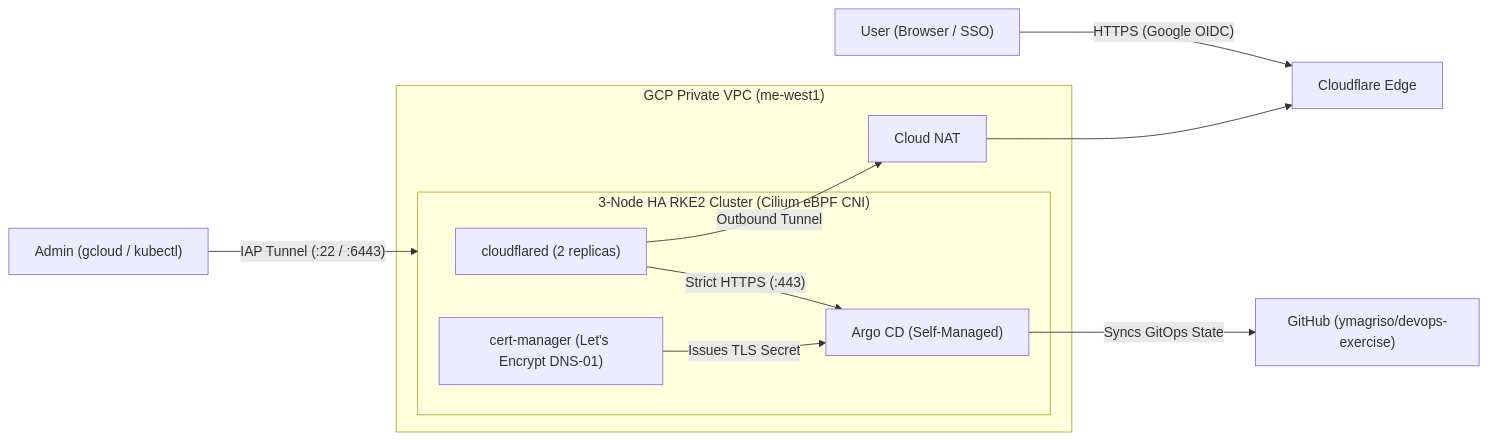
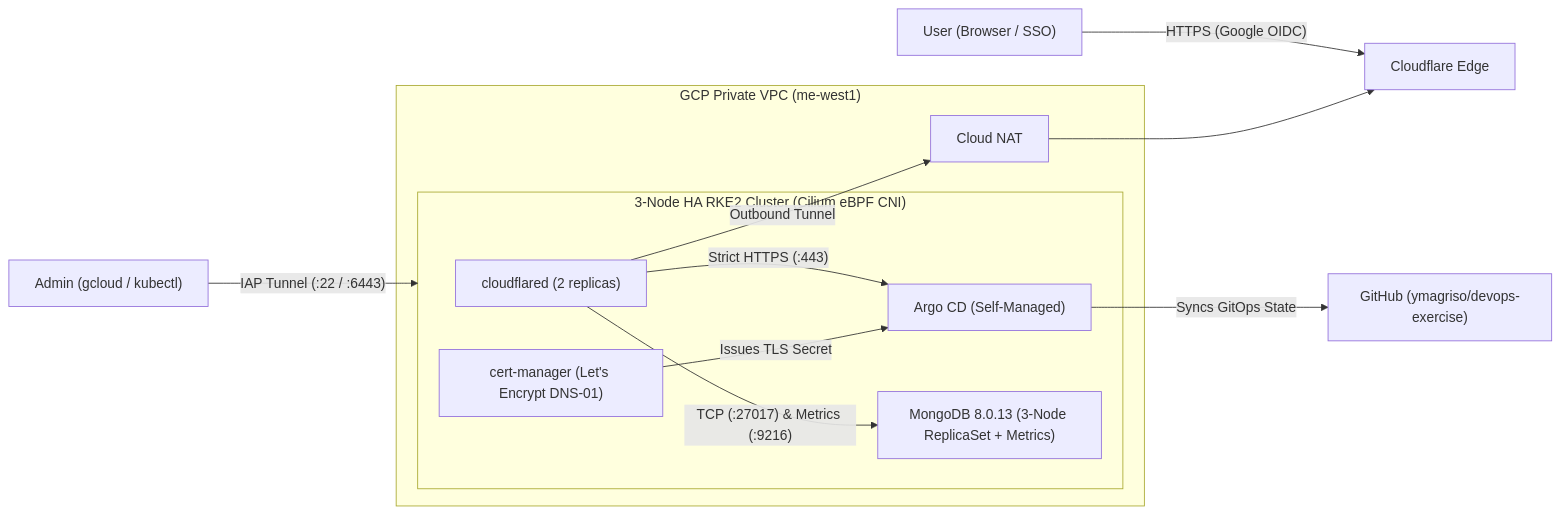
One commit to ymagriso/devops-exercise changed the diagram in README.md. Above: the diagram before and after it, drawn with Mermaid. The commit also changed other lines of this file and 5 other files, not shown here.

Commit message:
feat: add MongoDB 8.0.13 ReplicaSet and Prometheus metrics via Argo CD (#17)

````diff
--- a/README.md
+++ b/README.md
@@ -11,19 +11,21 @@
 ```mermaid
 flowchart LR
     Admin["Admin (gcloud / kubectl)"] -->|"IAP Tunnel (:22 / :6443)"| RKE2
     User["User (Browser / SSO)"] -->|"HTTPS (Google OIDC)"| CF["Cloudflare Edge"]
     subgraph GCP["GCP Private VPC (me-west1)"]
         NAT["Cloud NAT"]
         subgraph RKE2["3-Node HA RKE2 Cluster (Cilium eBPF CNI)"]
             CFD["cloudflared (2 replicas)"]
             Argo["Argo CD (Self-Managed)"]
             CM["cert-manager (Let's Encrypt DNS-01)"]
+            Mongo["MongoDB 8.0.13 (3-Node ReplicaSet + Metrics)"]
         end
     end
     GH["GitHub (ymagriso/devops-exercise)"]
 
     CFD -->|"Outbound Tunnel"| NAT --> CF
     CFD -->|"Strict HTTPS (:443)"| Argo
+    CFD -->|"TCP (:27017) & Metrics (:9216)"| Mongo
     CM -->|"Issues TLS Secret"| Argo
     Argo -->|"Syncs GitOps State"| GH
 ```
````
